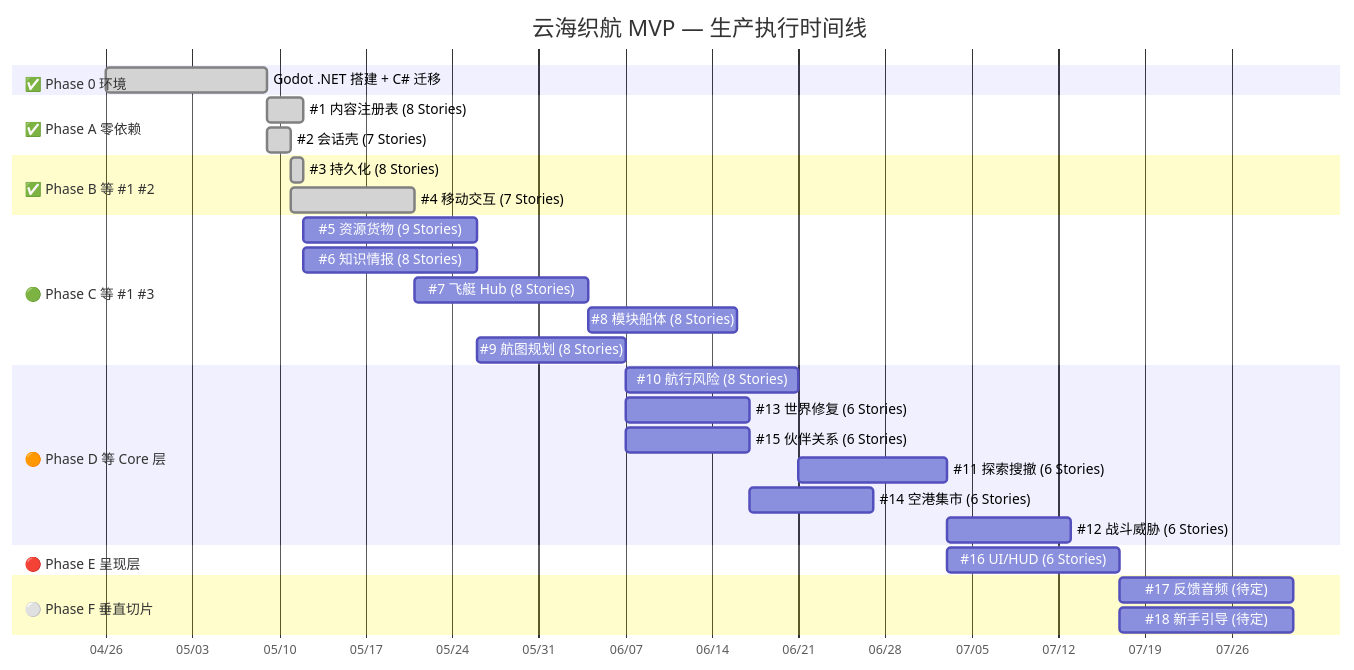
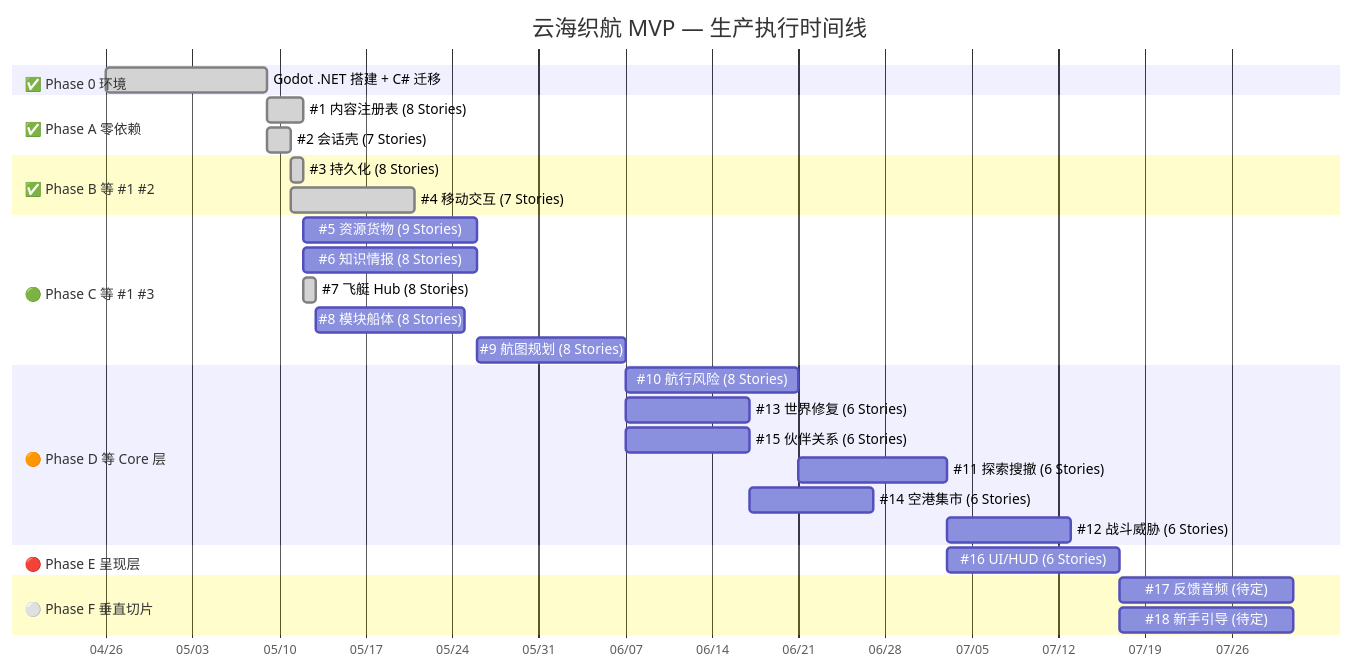
One commit to lieinsay/Claude-Code-Game-Studios changed the first of 3 diagrams in docs/reference/production-flowchart.md. Above: the diagram before and after it, drawn with Mermaid. The commit also changed other lines of this file and 31 other files, not shown here.

````diff
--- a/docs/reference/production-flowchart.md
+++ b/docs/reference/production-flowchart.md
@@ -13,39 +13,39 @@
 ```mermaid
 gantt
     title 云海织航 MVP — 生产执行时间线
     dateFormat YYYY-MM-DD
     axisFormat %m/%d
 
     section ✅ Phase 0 环境
     Godot .NET 搭建 + C# 迁移   :done,    p0, 2026-04-26, 2026-05-09
 
     section ✅ Phase A 零依赖
     #1 内容注册表 (8 Stories)    :done,    p1a, 2026-05-09, 2026-05-12
     #2 会话壳     (7 Stories)    :done,    p1b, 2026-05-09, 2026-05-11
 
     section ✅ Phase B 等 #1 #2
     #3 持久化     (8 Stories)    :done,    p2a, 2026-05-11, 2026-05-12
     #4 移动交互   (7 Stories)    :done,    p2b, after p1b, 10d
 
     section 🟢 Phase C 等 #1 #3
     #5 资源货物   (9 Stories)    :         p3a, after p2a, 14d
     #6 知识情报   (8 Stories)    :         p3b, after p2a, 14d
-    #7 飞艇 Hub   (8 Stories)    :         p3c, after p2b, 14d
+    #7 飞艇 Hub   (8 Stories)    :done,    p3c, 2026-05-12, 1d
     #8 模块船体   (8 Stories)    :         p3d, after p3c, 12d
     #9 航图规划   (8 Stories)    :         p3e, after p3b, 12d
 
     section 🟠 Phase D 等 Core 层
     #10 航行风险  (8 Stories)    :         p4a, after p3e, 14d
     #13 世界修复  (6 Stories)    :         p4b, after p3e, 10d
     #15 伙伴关系  (6 Stories)    :         p4c, after p3e, 10d
     #11 探索搜撤  (6 Stories)    :         p4d, after p4a, 12d
     #14 空港集市  (6 Stories)    :         p4e, after p4b, 10d
     #12 战斗威胁  (6 Stories)    :         p4f, after p4d, 10d
 
     section 🔴 Phase E 呈现层
     #16 UI/HUD    (6 Stories)    :         p5a, after p4d, 14d
 
     section ⚪ Phase F 垂直切片
     #17 反馈音频  (待定)         :         p6a, after p5a, 14d
     #18 新手引导  (待定)         :         p6b, after p5a, 14d
 ```
````
